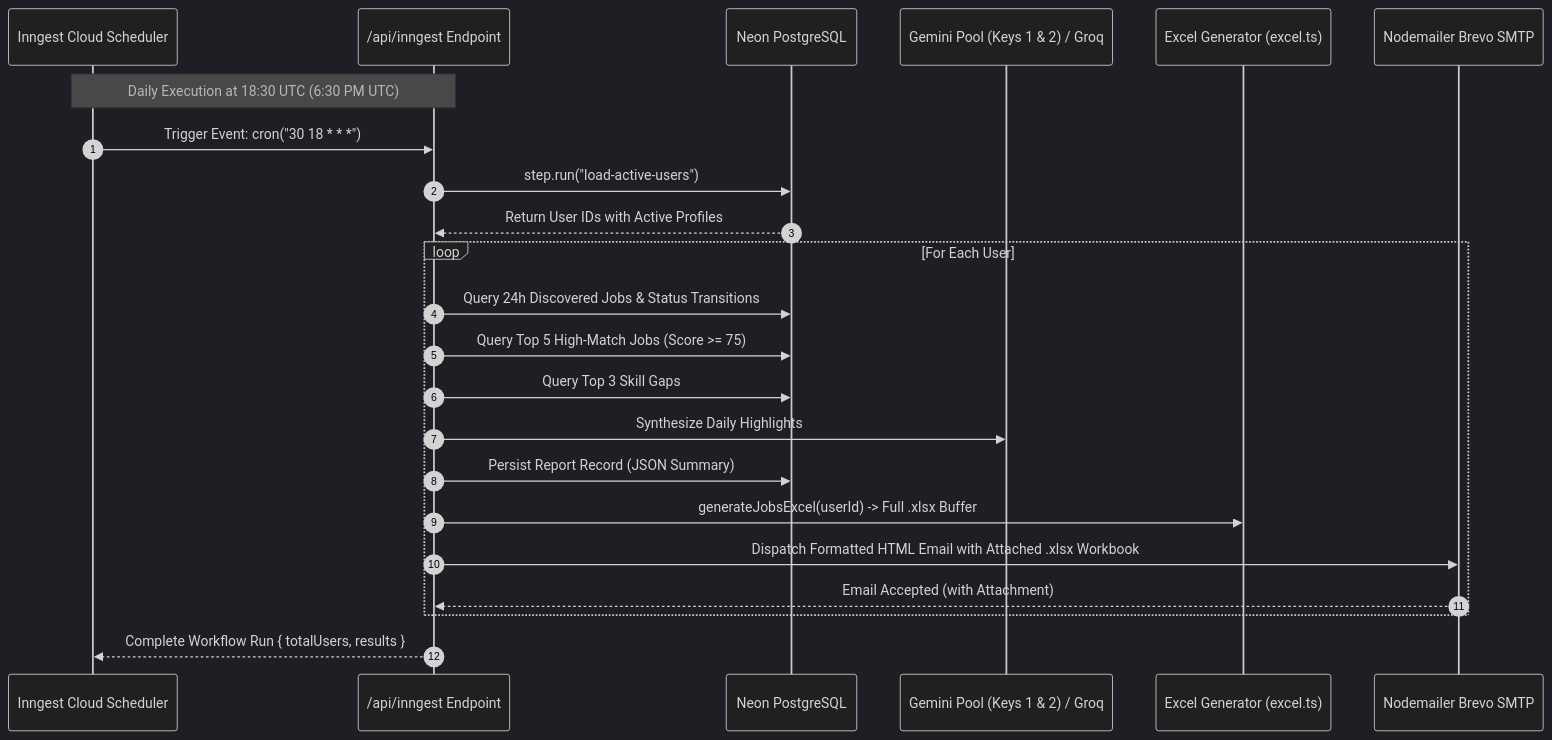
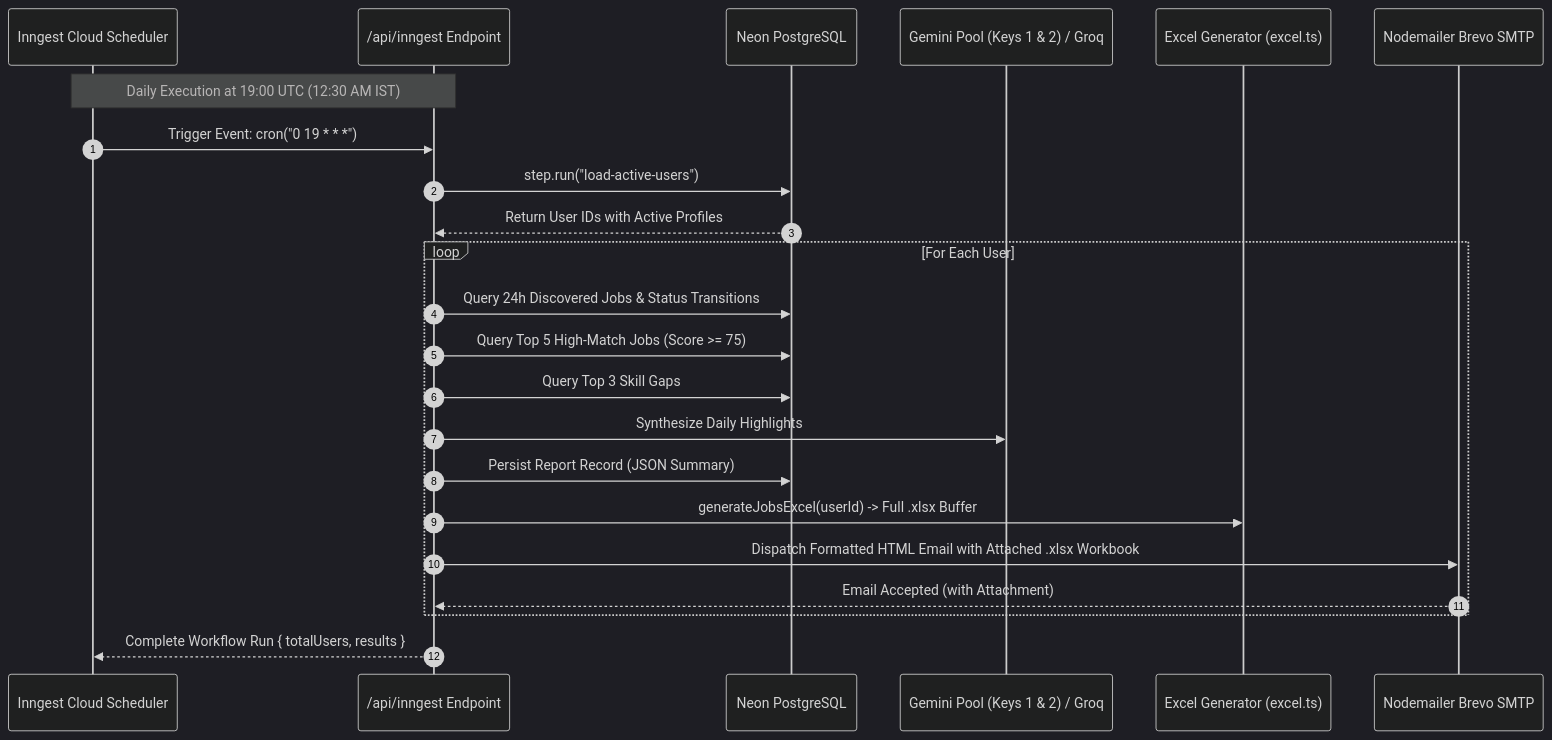
One commit to AdrishKarak/Job-intel changed the fifth of 5 diagrams in Architecture.md. Above: the diagram before and after it, drawn with Mermaid (dark theme). The commit also changed other lines of this file and 6 other files, not shown here.

Commit message:
fix(scheduler): set daily report cron to 19:00 UTC (12:30 AM IST)

````diff
--- a/Architecture.md
+++ b/Architecture.md
@@ -387,28 +387,28 @@
 ```mermaid
 sequenceDiagram
     autonumber
     participant Inngest as Inngest Cloud Scheduler
     participant Worker as /api/inngest Endpoint
     participant DB as Neon PostgreSQL
     participant AI as Gemini Pool (Keys 1 & 2) / Groq
     participant Excel as Excel Generator (excel.ts)
     participant SMTP as Nodemailer Brevo SMTP
 
-    Note over Inngest,Worker: Daily Execution at 18:30 UTC (6:30 PM UTC)
-    Inngest->>Worker: Trigger Event: cron("30 18 * * *")
+    Note over Inngest,Worker: Daily Execution at 19:00 UTC (12:30 AM IST)
+    Inngest->>Worker: Trigger Event: cron("0 19 * * *")
     Worker->>DB: step.run("load-active-users")
     DB-->>Worker: Return User IDs with Active Profiles
 
     loop For Each User
         Worker->>DB: Query 24h Discovered Jobs & Status Transitions
         Worker->>DB: Query Top 5 High-Match Jobs (Score >= 75)
         Worker->>DB: Query Top 3 Skill Gaps
         Worker->>AI: Synthesize Daily Highlights
         Worker->>DB: Persist Report Record (JSON Summary)
         Worker->>Excel: generateJobsExcel(userId) -> Full .xlsx Buffer
         Worker->>SMTP: Dispatch Formatted HTML Email with Attached .xlsx Workbook
         SMTP-->>Worker: Email Accepted (with Attachment)
     end
 
     Worker-->>Inngest: Complete Workflow Run { totalUsers, results }
 ```
````
